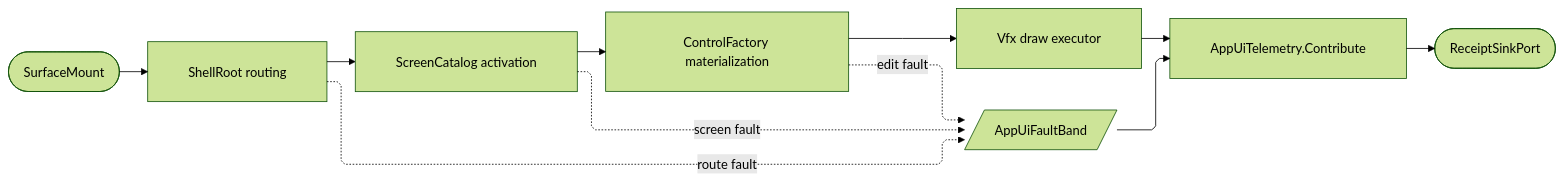
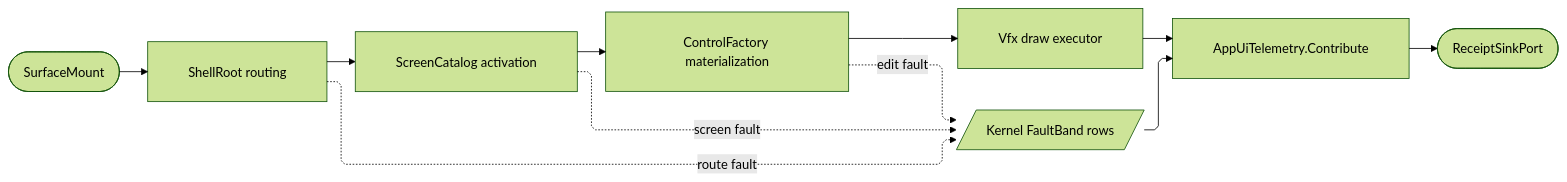
The fourth of 4 diagrams in libs/csharp/Rasm.AppUi/ARCHITECTURE.md (bsamiee/Rasm), drawn with Mermaid (forest theme) before and after one commit. The commit also changed other lines of this file and 56 other files, not shown here.

````diff
--- a/libs/csharp/Rasm.AppUi/ARCHITECTURE.md
+++ b/libs/csharp/Rasm.AppUi/ARCHITECTURE.md
@@ -255,22 +262,22 @@
 ```mermaid
 ---
 config:
   layout: elk
   flowchart:
     curve: linear
     padding: 25
 ---
 flowchart LR
     accTitle: Rasm.AppUi mount-to-receipt spine
     accDescr: How a mounted surface routes through shell, screens, and controls onto the draw executor while faults converge on the band.
     Mount(["SurfaceMount"]) e1@--> Route["ShellRoot routing"]
     Route e2@--> Screen["ScreenCatalog activation"]
     Screen e3@--> Control["ControlFactory materialization"]
     Control e4@--> Draw["Vfx draw executor"]
     Draw e5@--> Spine["AppUiTelemetry.Contribute"]
     Spine e6@--> Sink(["ReceiptSinkPort"])
-    Route f1@-.->|"route fault"| Band[/AppUiFaultBand/]
+    Route f1@-.->|"route fault"| Band[/Kernel FaultBand rows/]
     Screen f2@-.->|"screen fault"| Band
     Control f3@-.->|"edit fault"| Band
     Band f4@--> Spine
 ```
````
